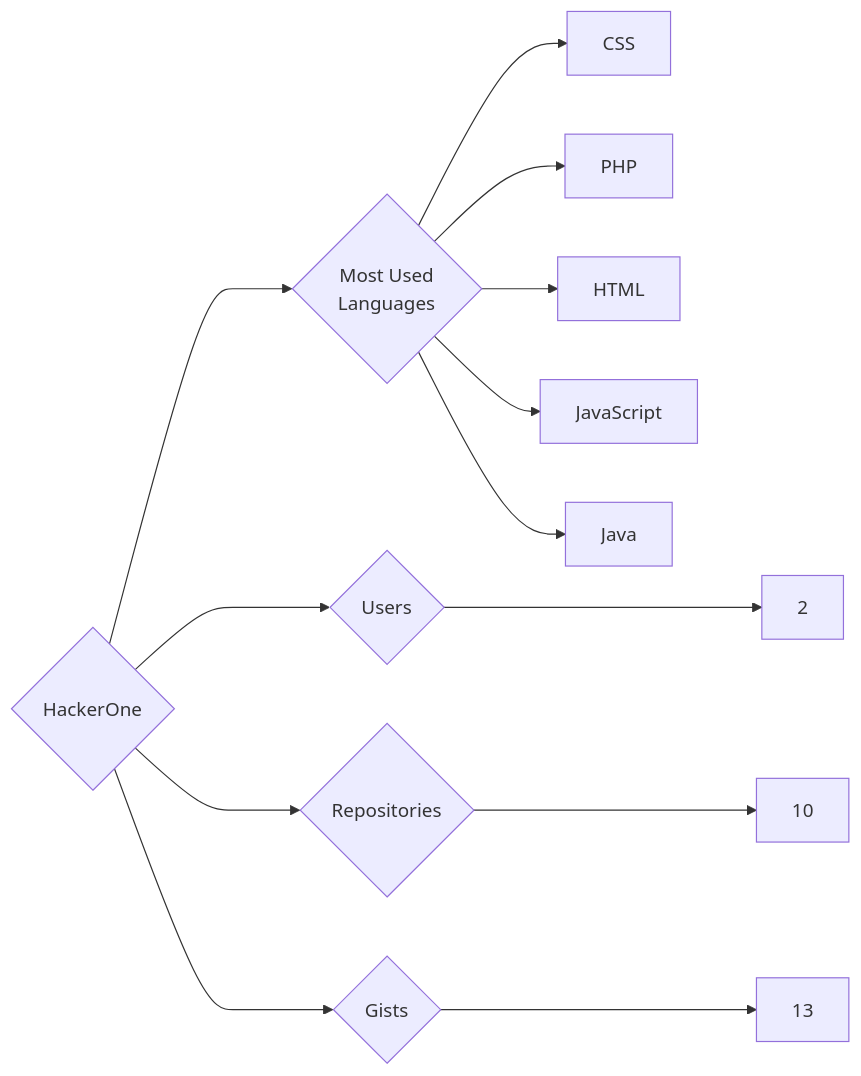
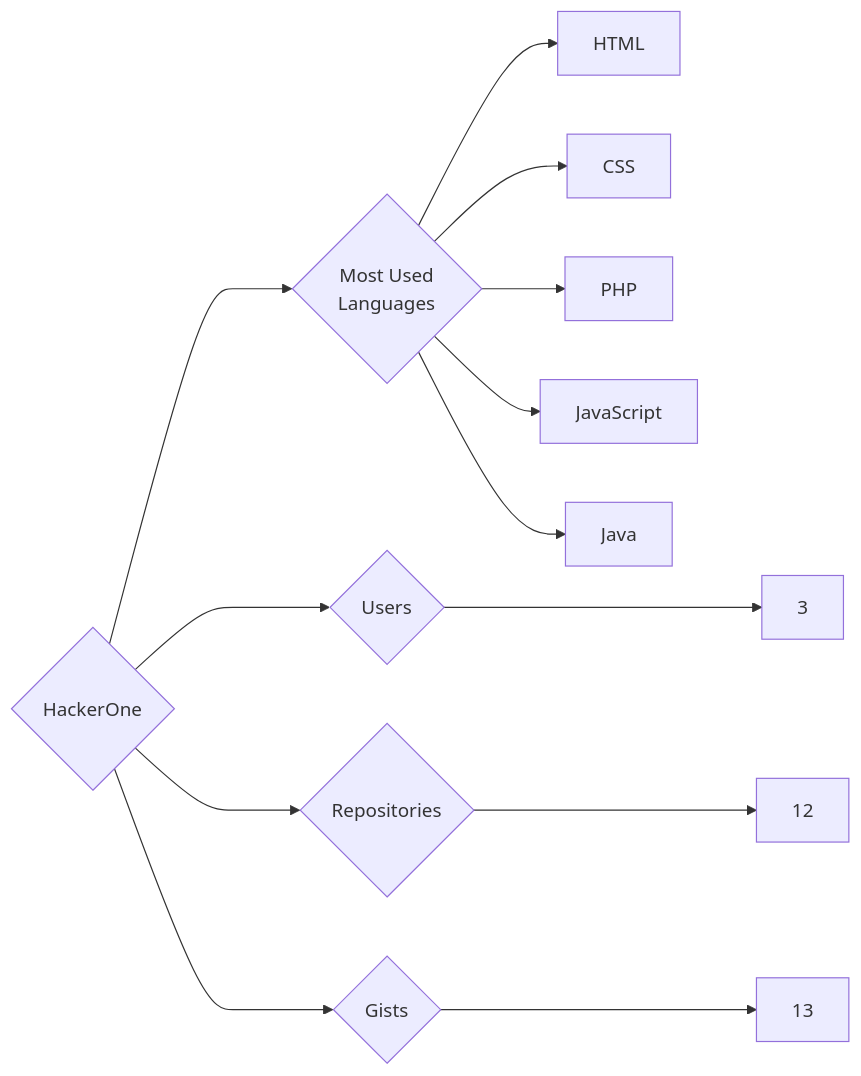
One commit to trickest/insiders changed the diagram in targets/HackerOne/README.md. Above: the diagram before and after it, drawn with Mermaid. The commit also changed 865 other files, not shown here.

````diff
--- a/targets/HackerOne/README.md
+++ b/targets/HackerOne/README.md
@@ -3,13 +3,13 @@
 ```mermaid
 graph LR
 COMPANY_NAME{HackerOne}
-COMPANY_NAME ---> U{Users} ---> UN[2]
-COMPANY_NAME ---> R{Repositories} ---> RN[10]
+COMPANY_NAME ---> U{Users} ---> UN[3]
+COMPANY_NAME ---> R{Repositories} ---> RN[12]
 COMPANY_NAME ---> G{Gists} ---> GN[13]
 COMPANY_NAME ---> ML{Most Used<br>Languages}
+ML --> HTML[HTML]
 ML --> CSS[CSS]
 ML --> PHP[PHP]
-ML --> HTML[HTML]
 ML --> JavaScript[JavaScript]
 ML --> Java[Java]
 ```
````
